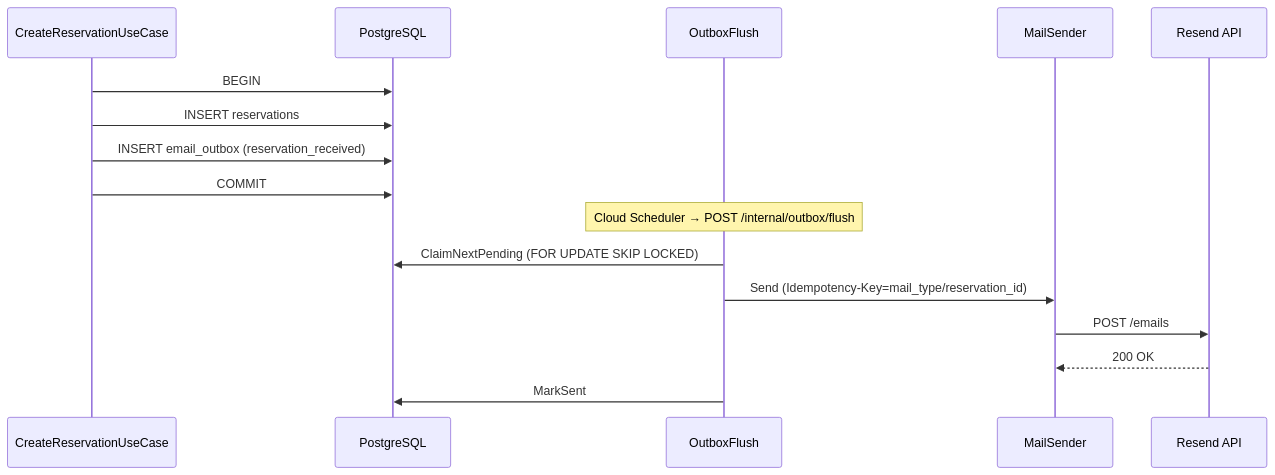
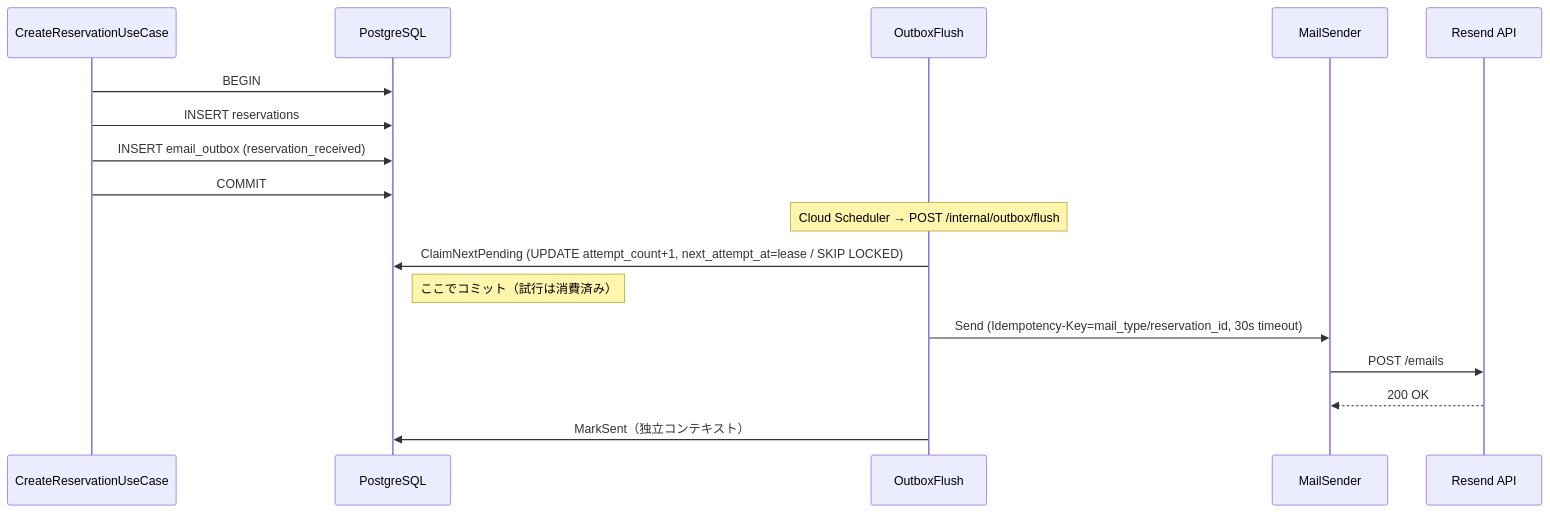
One commit to cergijame101007/satehits changed the tenth of 15 diagrams in docs/sequence.md. Above: the diagram before and after it, drawn with Mermaid. The commit also changed other lines of this file and 7 other files, not shown here.

````diff
--- a/docs/sequence.md
+++ b/docs/sequence.md
@@ -385,19 +387,20 @@
 ```mermaid
 sequenceDiagram
     participant UseCase as CreateReservationUseCase
     participant DB as PostgreSQL
     participant Flush as OutboxFlush
     participant Sender as MailSender
     participant Resend as Resend API
 
     UseCase->>DB: BEGIN
     UseCase->>DB: INSERT reservations
     UseCase->>DB: INSERT email_outbox (reservation_received)
     UseCase->>DB: COMMIT
     Note over Flush: Cloud Scheduler → POST /internal/outbox/flush
-    Flush->>DB: ClaimNextPending (FOR UPDATE SKIP LOCKED)
-    Flush->>Sender: Send (Idempotency-Key=mail_type/reservation_id)
+    Flush->>DB: ClaimNextPending (UPDATE attempt_count+1, next_attempt_at=lease / SKIP LOCKED)
+    Note right of DB: ここでコミット（試行は消費済み）
+    Flush->>Sender: Send (Idempotency-Key=mail_type/reservation_id, 30s timeout)
     Sender->>Resend: POST /emails
     Resend-->>Sender: 200 OK
-    Flush->>DB: MarkSent
+    Flush->>DB: MarkSent（独立コンテキスト）
 ```
````
